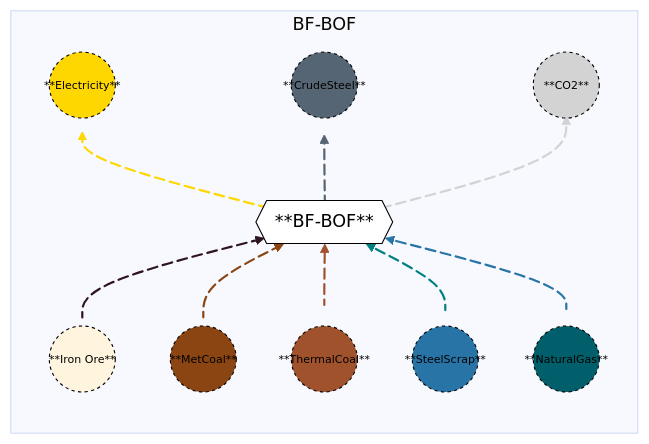
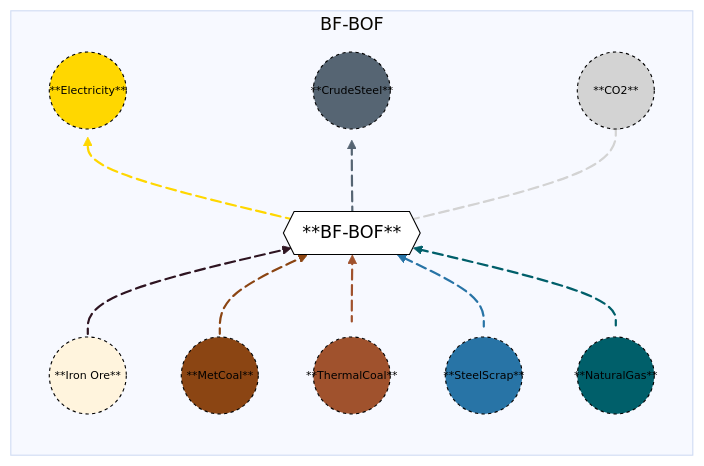
The diagram in docs/src/Manual/assets/blastfurnacebasicoxygenfurnace.md (acheng1757/MacroEnergy-Abbie.jl), drawn with Mermaid before and after one commit.

Commit message:
Update styles for diagram elements in documentation

````diff
--- a/docs/src/Manual/assets/blastfurnacebasicoxygenfurnace.md
+++ b/docs/src/Manual/assets/blastfurnacebasicoxygenfurnace.md
@@ -28,43 +28,43 @@
 ```mermaid
 %%{init: {'theme': 'base', 'themeVariables': { 'background': '#D1EBDE' }}}%%
 flowchart BT
   subgraph BF-BOF
   direction BT
     A1(("**Iron Ore**")) e1@-->B{{"**BF-BOF**"}}
     A2(("**MetCoal**")) e2@-->B{{"**BF-BOF**"}}
     A3(("**ThermalCoal**")) e3@-->B{{"**BF-BOF**"}}
     A4(("**SteelScrap**")) e4@-->B{{"**BF-BOF**"}}
     A5(("**NaturalGas**")) e5@-->B{{"**BF-BOF**"}}
     B{{"**BF-BOF**"}} e6@-->C1(("**Electricity**"))
     B{{"**BF-BOF**"}} e7@-->C2(("**CrudeSteel**"))
     B{{"**BF-BOF**"}} e8@-->C3(("**CO2**"))
 
     e1@{ animate: true }
     e2@{ animate: true }
     e3@{ animate: true }
     e4@{ animate: true }
     e5@{ animate: true }
     e6@{ animate: true }
     e7@{ animate: true }
     e8@{ animate: true }
  end
-    style A1 font-size:10px,r:30px,fill:#FFD700D,stroke:black,color:black,stroke-dasharray: 3,5;
-    style A2 font-size:10px,r:30px,fill:#8B4513,stroke:black,color:black,stroke-dasharray: 3,5;
-    style A3 font-size:10px,r:30px,fill:#A0522D,stroke:black,color:black,stroke-dasharray: 3,5;
-    style A4 font-size:10px,r:30px,fill:#2874A6,stroke:black,color:black,stroke-dasharray: 3,5;
-    style A5 font-size:10px,r:30px,fill:#005F6A,stroke:black,color:black,stroke-dasharray: 3,5;
+    style A1 font-size:10px,r:35px,fill:#FFD700D,stroke:black,color:black,stroke-dasharray: 3,5;
+    style A2 font-size:10px,r:35px,fill:#8B4513,stroke:black,color:black,stroke-dasharray: 3,5;
+    style A3 font-size:10px,r:35px,fill:#A0522D,stroke:black,color:black,stroke-dasharray: 3,5;
+    style A4 font-size:10px,r:35px,fill:#2874A6,stroke:black,color:black,stroke-dasharray: 3,5;
+    style A5 font-size:10px,r:35px,fill:#005F6A,stroke:black,color:black,stroke-dasharray: 3,5;
     style B fill:white,stroke:black,color:black;
-    style C1 font-size:10px,r:30px,fill:#FFD700,stroke:black,color:black,stroke-dasharray: 3,5;
-    style C2 font-size:10px,r:30px,fill:#566573,stroke:black,color:black,stroke-dasharray: 3,5;
-    style C3 font-size:10px,r:30px,fill:lightgray,stroke:black,color:black,stroke-dasharray: 3,5;
+    style C1 font-size:10px,r:35px,fill:#FFD700,stroke:black,color:black,stroke-dasharray: 3,5;
+    style C2 font-size:10px,r:35px,fill:#566573,stroke:black,color:black,stroke-dasharray: 3,5;
+    style C3 font-size:10px,r:35px,fill:lightgray,stroke:black,color:black,stroke-dasharray: 3,5;
     linkStyle 0 stroke:#FFD700D, stroke-width: 2px;
     linkStyle 1 stroke:#8B4513, stroke-width: 2px;
     linkStyle 2 stroke:#A0522D, stroke-width: 2px;
-    linkStyle 3 stroke:#008080, stroke-width: 2px;
-    linkStyle 4 stroke:#2874A6, stroke-width: 2px;
+    linkStyle 3 stroke:#2874A6, stroke-width: 2px;
+    linkStyle 4 stroke:#005F6A, stroke-width: 2px;
     linkStyle 5 stroke:#FFD700, stroke-width: 2px;
     linkStyle 6 stroke:#566573, stroke-width: 2px;
     linkStyle 7 stroke:lightgray, stroke-width: 2px;
 
 
 ```
````
